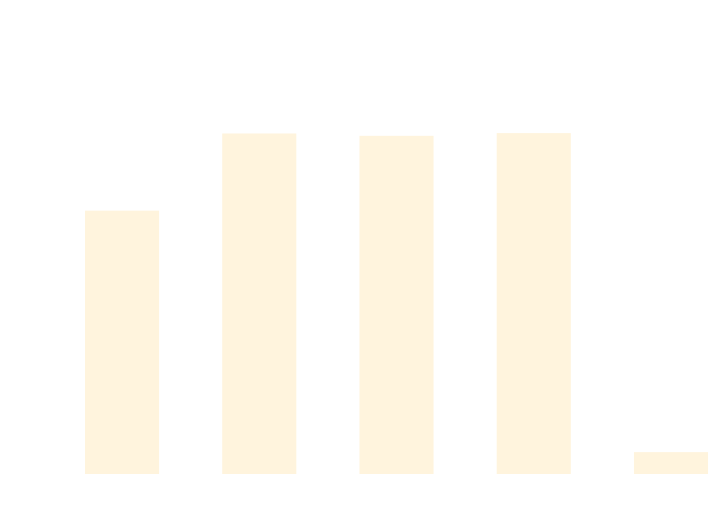
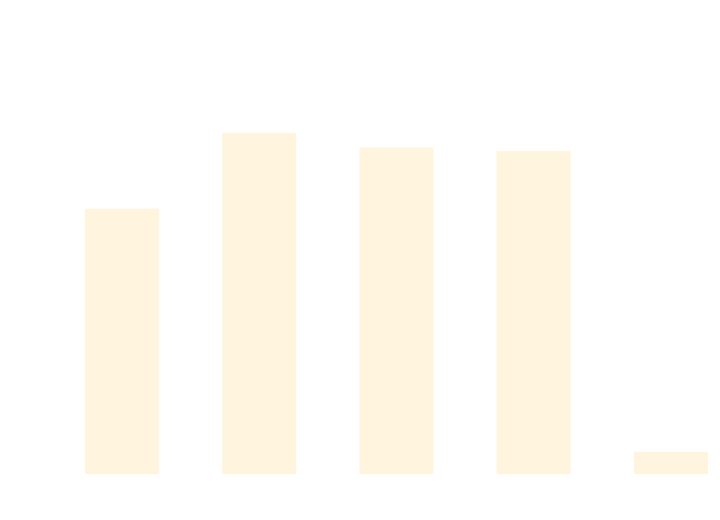
Before and after one commit to thomhurst/TUnit: the diagram in docs/docs/benchmarks/DataDrivenTests.md, drawn with Mermaid. The commit also changed other lines of this file and 17 other files, not shown here.

````diff
--- a/docs/docs/benchmarks/DataDrivenTests.md
+++ b/docs/docs/benchmarks/DataDrivenTests.md
@@ -27,37 +27,37 @@
 ```mermaid
 %%{init: {
   'theme':'base',
   'themeVariables': {
     'primaryColor': '#2563eb',
     'primaryTextColor': '#ffffff',
     'primaryBorderColor': '#1e40af',
     'lineColor': '#6b7280',
     'secondaryColor': '#7c3aed',
     'tertiaryColor': '#dc2626',
     'background': '#ffffff',
     'mainBkg': '#2563eb',
     'secondBkg': '#7c3aed',
     'tertiaryBkg': '#dc2626',
     'clusterBkg': '#f3f4f6',
     'edgeLabelBackground': '#ffffff',
     'tertiaryTextColor': '#1f2937',
     'pie1': '#2563eb',
     'pie2': '#7c3aed',
     'pie3': '#dc2626',
     'pie4': '#f59e0b',
     'pie5': '#10b981',
     'pie6': '#06b6d4',
     'pie7': '#ec4899',
     'pie8': '#6366f1',
     'pie9': '#84cc16',
     'pie10': '#f97316',
     'pie11': '#14b8a6',
     'pie12': '#a855f7'
   }
 }}%%
 xychart-beta
   title "DataDrivenTests Performance Comparison"
   x-axis ["TUnit", "NUnit", "MSTest", "xUnit3", "TUnit_AOT"]
-  y-axis "Time (ms)" 0 --> 825
-  bar [526.18, 686.15, 681.3, 686.97, 25.63]
+  y-axis "Time (ms)" 0 --> 780
+  bar [501.49, 649.96, 621.3, 614.67, 25.06]
 ```
````
